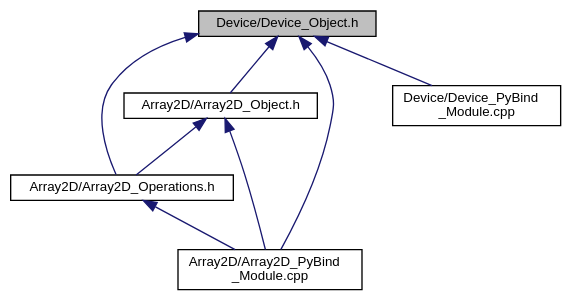
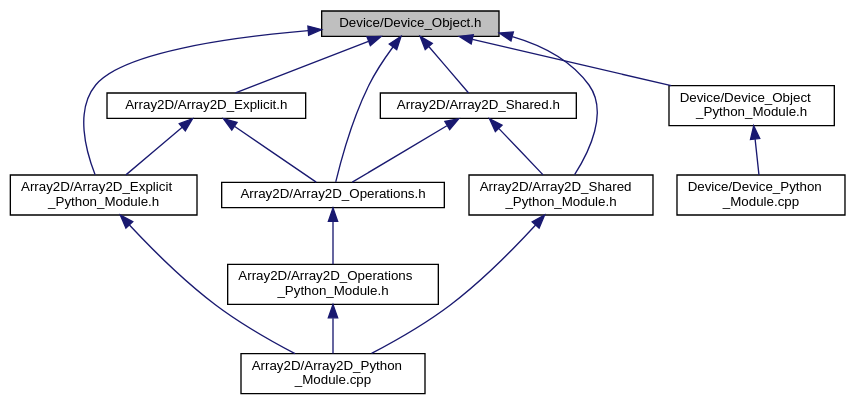
The diagram in docs/PySYCL_doxygen_html/_device___object_8h__dep__incl.dot (OsmanAEG/PySYCL), drawn with Graphviz before and after one commit. The commit also changed 150 other files, not shown here.

```diff
--- a/docs/PySYCL_doxygen_html/_device___object_8h__dep__incl.dot
+++ b/docs/PySYCL_doxygen_html/_device___object_8h__dep__incl.dot
@@ -1,20 +1,33 @@
 digraph "Device/Device_Object.h"
 {
  // INTERACTIVE_SVG=YES
  // LATEX_PDF_SIZE
   bgcolor="transparent";
   edge [fontname="Helvetica",fontsize="10",labelfontname="Helvetica",labelfontsize="10"];
   node [fontname="Helvetica",fontsize="10",shape=record];
   Node1 [label="Device/Device_Object.h",height=0.2,width=0.4,color="black", fillcolor="grey75", style="filled", fontcolor="black",tooltip="Device object for device selection in PySYCL."];
   Node1 -> Node2 [dir="back",color="midnightblue",fontsize="10",style="solid",fontname="Helvetica"];
-  Node2 [label="Array2D/Array2D_Object.h",height=0.2,width=0.4,color="black",URL="$_array2_d___object_8h.html",tooltip="Array2D in PySYCL."];
+  Node2 [label="Array2D/Array2D_Explicit.h",height=0.2,width=0.4,color="black",URL="$_array2_d___explicit_8h.html",tooltip="Array2D in PySYCL. This is the explicit version of the Array2D class. It is used when the user wants ..."];
   Node2 -> Node3 [dir="back",color="midnightblue",fontsize="10",style="solid",fontname="Helvetica"];
-  Node3 [label="Array2D/Array2D_Operations.h",height=0.2,width=0.4,color="black",URL="$_array2_d___operations_8h.html",tooltip="Array2D operations in PySYCL. These operations receive two individual arrays and return a single arra..."];
+  Node3 [label="Array2D/Array2D_Explicit\l_Python_Module.h",height=0.2,width=0.4,color="black",URL="$_array2_d___explicit___python___module_8h.html",tooltip="Python module for array2D explicit in PySYCL."];
   Node3 -> Node4 [dir="back",color="midnightblue",fontsize="10",style="solid",fontname="Helvetica"];
-  Node4 [label="Array2D/Array2D_PyBind\l_Module.cpp",height=0.2,width=0.4,color="black",URL="$_array2_d___py_bind___module_8cpp.html",tooltip="Python module for array2D in PySYCL."];
-  Node2 -> Node4 [dir="back",color="midnightblue",fontsize="10",style="solid",fontname="Helvetica"];
+  Node4 [label="Array2D/Array2D_Python\l_Module.cpp",height=0.2,width=0.4,color="black",URL="$_array2_d___python___module_8cpp.html",tooltip="Python module for array2D in PySYCL."];
+  Node2 -> Node5 [dir="back",color="midnightblue",fontsize="10",style="solid",fontname="Helvetica"];
+  Node5 [label="Array2D/Array2D_Operations.h",height=0.2,width=0.4,color="black",URL="$_array2_d___operations_8h.html",tooltip="Array2D Operations in PySYCL. This header file contains the many operations that can be performed on ..."];
+  Node5 -> Node6 [dir="back",color="midnightblue",fontsize="10",style="solid",fontname="Helvetica"];
+  Node6 [label="Array2D/Array2D_Operations\l_Python_Module.h",height=0.2,width=0.4,color="black",URL="$_array2_d___operations___python___module_8h.html",tooltip="Python module for array2D operations in PySYCL."];
+  Node6 -> Node4 [dir="back",color="midnightblue",fontsize="10",style="solid",fontname="Helvetica"];
   Node1 -> Node3 [dir="back",color="midnightblue",fontsize="10",style="solid",fontname="Helvetica"];
-  Node1 -> Node4 [dir="back",color="midnightblue",fontsize="10",style="solid",fontname="Helvetica"];
   Node1 -> Node5 [dir="back",color="midnightblue",fontsize="10",style="solid",fontname="Helvetica"];
-  Node5 [label="Device/Device_PyBind\l_Module.cpp",height=0.2,width=0.4,color="black",URL="$_device___py_bind___module_8cpp.html",tooltip="Python module for device in PySYCL."];
+  Node1 -> Node7 [dir="back",color="midnightblue",fontsize="10",style="solid",fontname="Helvetica"];
+  Node7 [label="Array2D/Array2D_Shared.h",height=0.2,width=0.4,color="black",URL="$_array2_d___shared_8h.html",tooltip="Array2D in PySYCL. This is the shared version of the Array2D class. It is used when the user wants to..."];
+  Node7 -> Node5 [dir="back",color="midnightblue",fontsize="10",style="solid",fontname="Helvetica"];
+  Node7 -> Node8 [dir="back",color="midnightblue",fontsize="10",style="solid",fontname="Helvetica"];
+  Node8 [label="Array2D/Array2D_Shared\l_Python_Module.h",height=0.2,width=0.4,color="black",URL="$_array2_d___shared___python___module_8h.html",tooltip="Python module for array2D shared in PySYCL."];
+  Node8 -> Node4 [dir="back",color="midnightblue",fontsize="10",style="solid",fontname="Helvetica"];
+  Node1 -> Node8 [dir="back",color="midnightblue",fontsize="10",style="solid",fontname="Helvetica"];
+  Node1 -> Node9 [dir="back",color="midnightblue",fontsize="10",style="solid",fontname="Helvetica"];
+  Node9 [label="Device/Device_Object\l_Python_Module.h",height=0.2,width=0.4,color="black",URL="$_device___object___python___module_8h.html",tooltip="Python module for device object in PySYCL."];
+  Node9 -> Node10 [dir="back",color="midnightblue",fontsize="10",style="solid",fontname="Helvetica"];
+  Node10 [label="Device/Device_Python\l_Module.cpp",height=0.2,width=0.4,color="black",URL="$_device___python___module_8cpp.html",tooltip="Python module for device in PySYCL."];
 }
```
